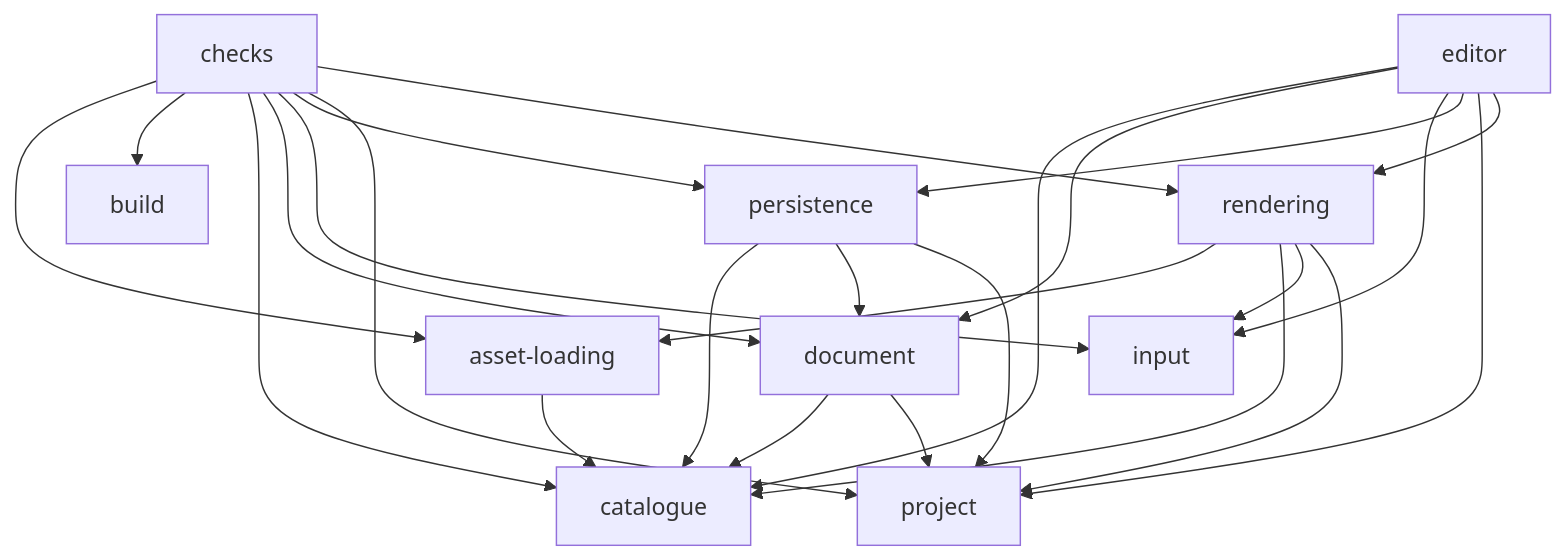
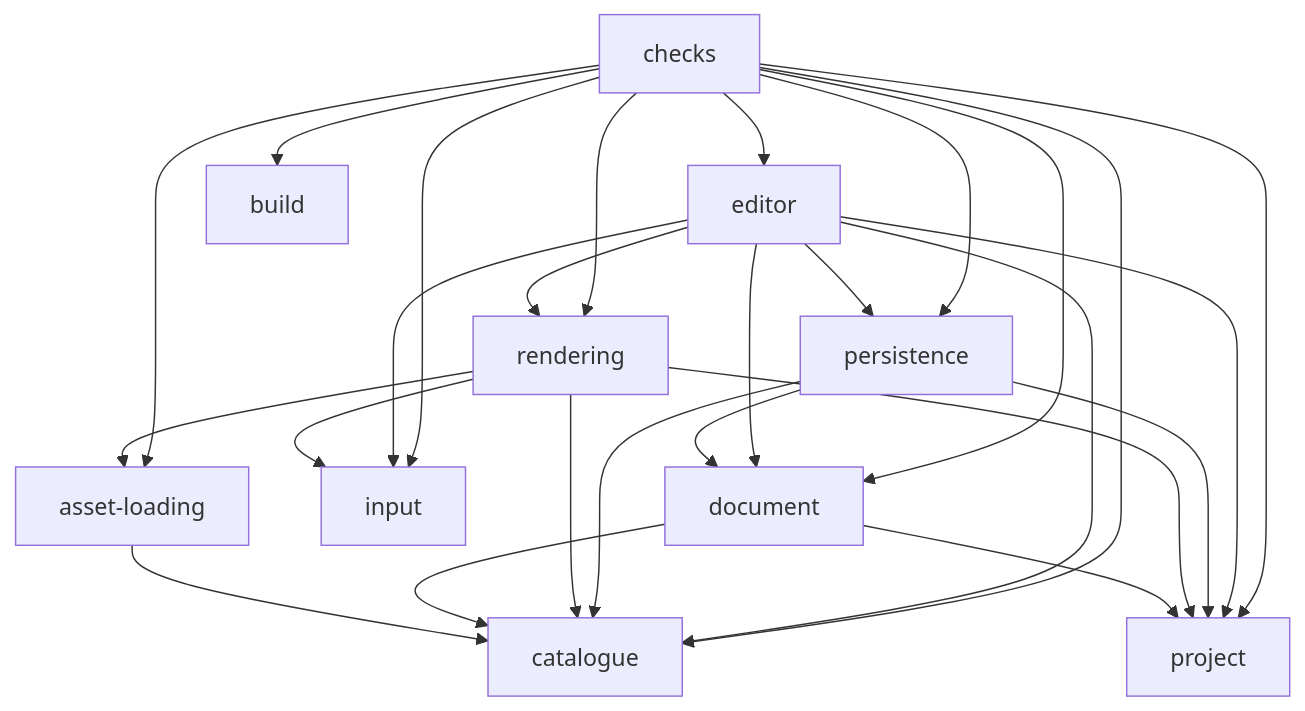
One commit to Team-Meshworks/gam300 changed the diagram in docs/architecture-graph.md. Above: the diagram before and after it, drawn with Mermaid. The commit also changed 13 other files, not shown here.

````diff
--- a/docs/architecture-graph.md
+++ b/docs/architecture-graph.md
@@ -8,37 +8,38 @@
 ```mermaid
 graph TD
   project["project"]
   catalogue["catalogue"]
   asset-loading["asset-loading"]
   input["input"]
   document["document"]
   rendering["rendering"]
   persistence["persistence"]
   editor["editor"]
   build["build"]
   checks["checks"]
   asset-loading --> catalogue
   document --> catalogue
   document --> project
   rendering --> asset-loading
   rendering --> catalogue
   rendering --> input
   rendering --> project
   persistence --> catalogue
   persistence --> document
   persistence --> project
   editor --> catalogue
   editor --> document
   editor --> input
   editor --> persistence
   editor --> project
   editor --> rendering
   checks --> asset-loading
   checks --> build
   checks --> catalogue
   checks --> document
+  checks --> editor
   checks --> input
   checks --> persistence
   checks --> project
   checks --> rendering
 ```
````
